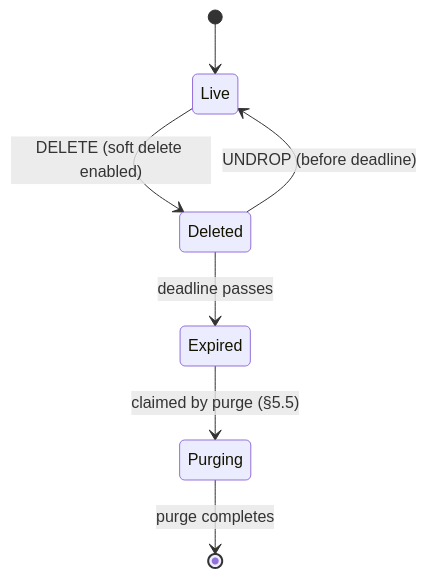
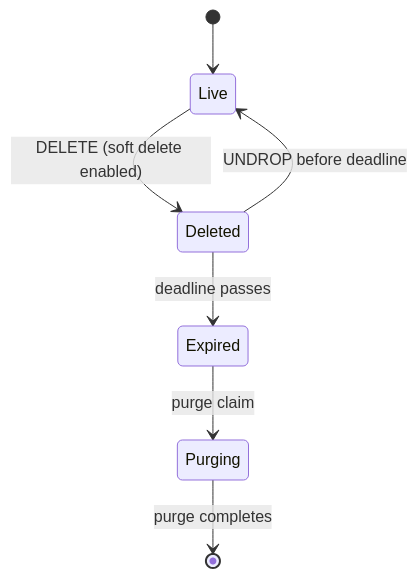
Before and after one commit to apache/gravitino: the third of 5 diagrams in design-docs/deletion-v2/iceberg-table-soft-deletion.md, drawn with Mermaid. The commit also changed other lines of this file, not shown here.

````diff
--- a/design-docs/deletion-v2/iceberg-table-soft-deletion.md
+++ b/design-docs/deletion-v2/iceberg-table-soft-deletion.md
@@ -282,9 +280,9 @@
 ```mermaid
 stateDiagram-v2
     [*] --> Live
     Live --> Deleted: DELETE (soft delete enabled)
-    Deleted --> Live: UNDROP (before deadline)
+    Deleted --> Live: UNDROP before deadline
     Deleted --> Expired: deadline passes
-    Expired --> Purging: claimed by purge (§5.5)
+    Expired --> Purging: purge claim
     Purging --> [*]: purge completes
 ```
````
